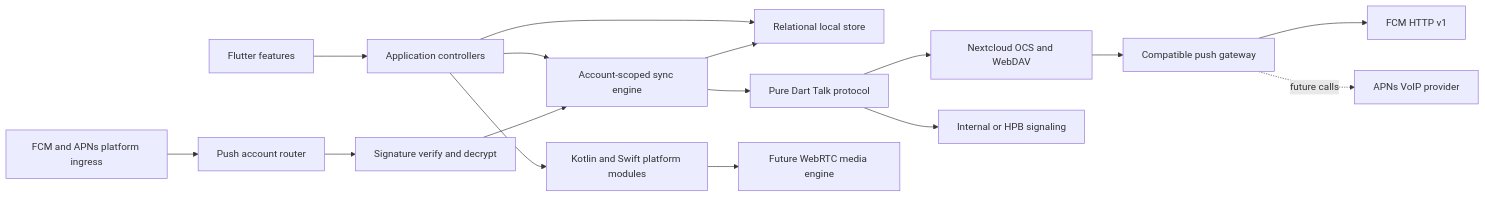
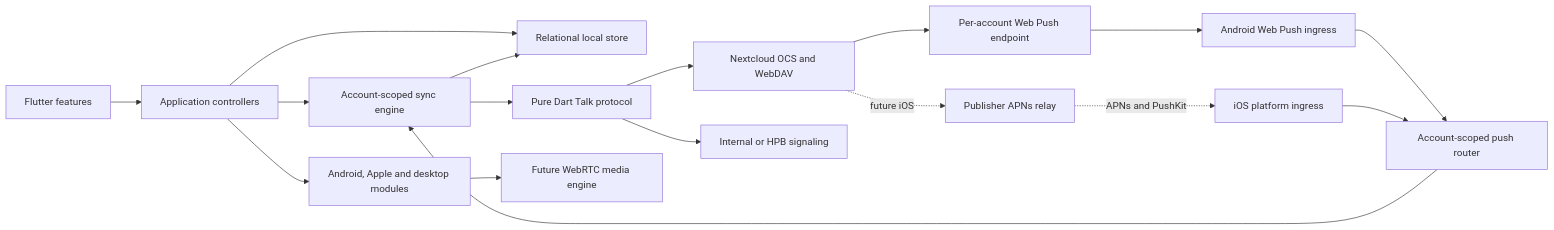
One commit to nks-hub/nks-nextcloud-talk changed the diagram in docs/architecture/system-design.md. Above: the diagram before and after it, drawn with Mermaid. The commit also changed other lines of this file and 5 other files, not shown here.

Commit message:
docs: align status and Giphy attachment flow

```diff
--- a/docs/architecture/system-design.md
+++ b/docs/architecture/system-design.md
@@ -30,18 +30,19 @@
 ~~~mermaid
 flowchart LR
     UI[Flutter features] --> APP[Application controllers]
     APP --> SYNC[Account-scoped sync engine]
     APP --> STORE[Relational local store]
     SYNC --> STORE
     SYNC --> PROTO[Pure Dart Talk protocol]
     PROTO --> NC[Nextcloud OCS and WebDAV]
     PROTO --> HPB[Internal or HPB signaling]
-    PUSH[FCM and APNs platform ingress] --> ROUTER[Push account router]
-    ROUTER --> CRYPTO[Signature verify and decrypt]
-    CRYPTO --> SYNC
-    NC --> GATEWAY[Compatible push gateway]
-    GATEWAY --> FCM[FCM HTTP v1]
-    GATEWAY -. future calls .-> VOIP[APNs VoIP provider]
-    APP --> PLATFORM[Kotlin and Swift platform modules]
+    WEBPUSH[Android Web Push ingress] --> ROUTER[Account-scoped push router]
+    ROUTER --> SYNC
+    NC --> ENDPOINT[Per-account Web Push endpoint]
+    ENDPOINT --> WEBPUSH
+    NC -. future iOS .-> RELAY[Publisher APNs relay]
+    RELAY -. APNs and PushKit .-> IOS[iOS platform ingress]
+    IOS --> ROUTER
+    APP --> PLATFORM[Android, Apple and desktop modules]
     PLATFORM --> MEDIA[Future WebRTC media engine]
 ~~~
```
